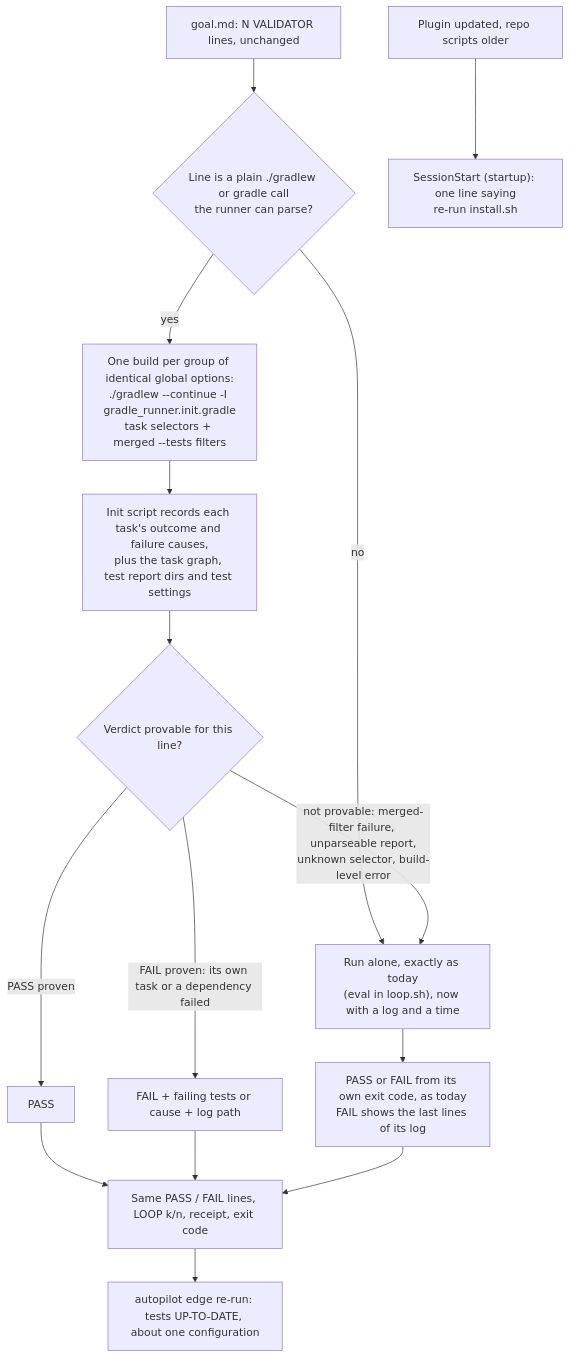
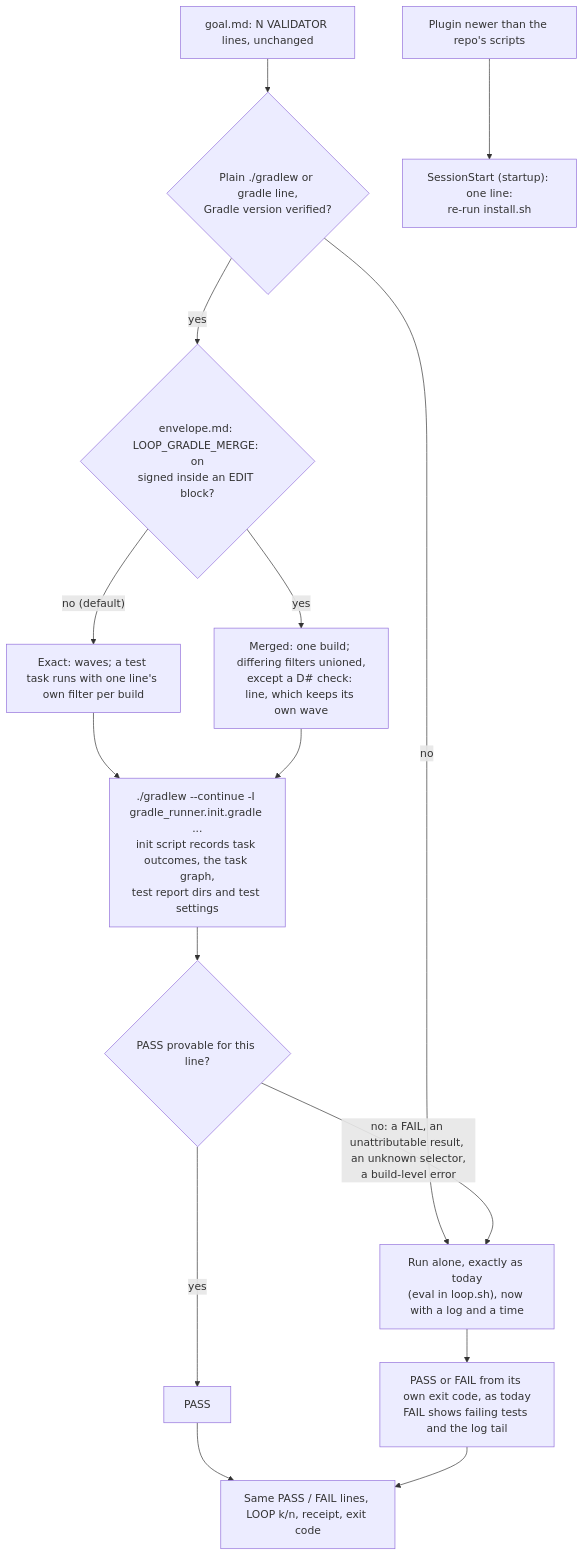
The second of 2 diagrams in docs/cascade/05b-t62-loop-runners.md (kadaluarsa/barbaric-driven-development), drawn with Mermaid before and after one commit. The commit also changed other lines of this file and 2 other files, not shown here.

````diff
--- a/docs/cascade/05b-t62-loop-runners.md
+++ b/docs/cascade/05b-t62-loop-runners.md
@@ -71,15 +90,15 @@
 ```mermaid
 flowchart TD
-    G["goal.md: N VALIDATOR lines, unchanged"] --> R{"Line is a plain ./gradlew or gradle call<br/>the runner can parse?"}
+    G["goal.md: N VALIDATOR lines, unchanged"] --> R{"Plain ./gradlew or gradle line,<br/>Gradle version verified?"}
     R -- no --> S["Run alone, exactly as today<br/>(eval in loop.sh), now with a log and a time"]
-    R -- yes --> B["One build per group of identical global options:<br/>./gradlew --continue -I gradle_runner.init.gradle<br/>task selectors + merged --tests filters"]
-    B --> O["Init script records each task's outcome and failure causes,<br/>plus the task graph, test report dirs and test settings"]
-    O --> A{"Verdict provable for this line?"}
-    A -- "PASS proven" --> VP["PASS"]
-    A -- "FAIL proven: its own task or a dependency failed" --> VF["FAIL + failing tests or cause + log path"]
-    A -- "not provable: merged-filter failure, unparseable report,<br/>unknown selector, build-level error" --> S
-    S --> VS["PASS or FAIL from its own exit code, as today<br/>FAIL shows the last lines of its log"]
-    VP & VF & VS --> LK["Same PASS / FAIL lines, LOOP k/n, receipt, exit code"]
-    LK --> AP["autopilot edge re-run: tests UP-TO-DATE, about one configuration"]
-    UP["Plugin updated, repo scripts older"] --> SS["SessionStart (startup): one line saying<br/>re-run install.sh"]
+    R -- yes --> M{"envelope.md: LOOP_GRADLE_MERGE: on<br/>signed inside an EDIT block?"}
+    M -- "no (default)" --> W["Exact: waves; a test task runs with one line's own filter per build"]
+    M -- "yes" --> MG["Merged: one build; differing filters unioned,<br/>except a D# check: line, which keeps its own wave"]
+    W & MG --> B["./gradlew --continue -I gradle_runner.init.gradle ...<br/>init script records task outcomes, the task graph,<br/>test report dirs and test settings"]
+    B --> A{"PASS provable for this line?"}
+    A -- yes --> VP["PASS"]
+    A -- "no: a FAIL, an unattributable result, an unknown selector,<br/>a build-level error" --> S
+    S --> VS["PASS or FAIL from its own exit code, as today<br/>FAIL shows failing tests and the log tail"]
+    VP & VS --> LK["Same PASS / FAIL lines, LOOP k/n, receipt, exit code"]
+    UP["Plugin newer than the repo's scripts"] --> SS["SessionStart (startup): one line:<br/>re-run install.sh"]
 ```
````
